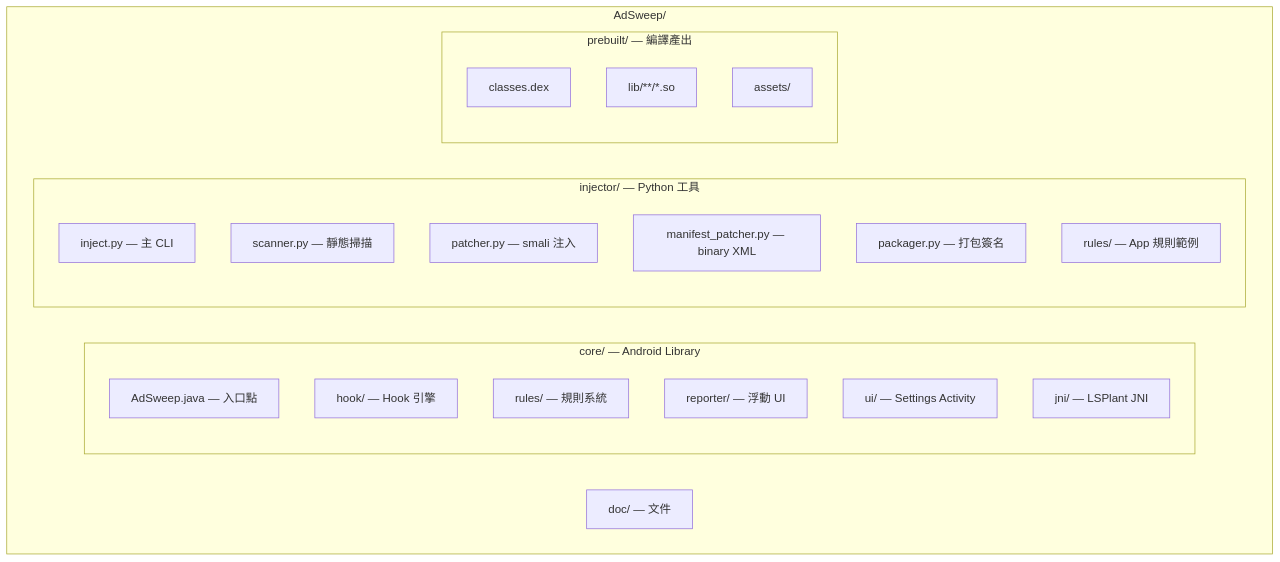
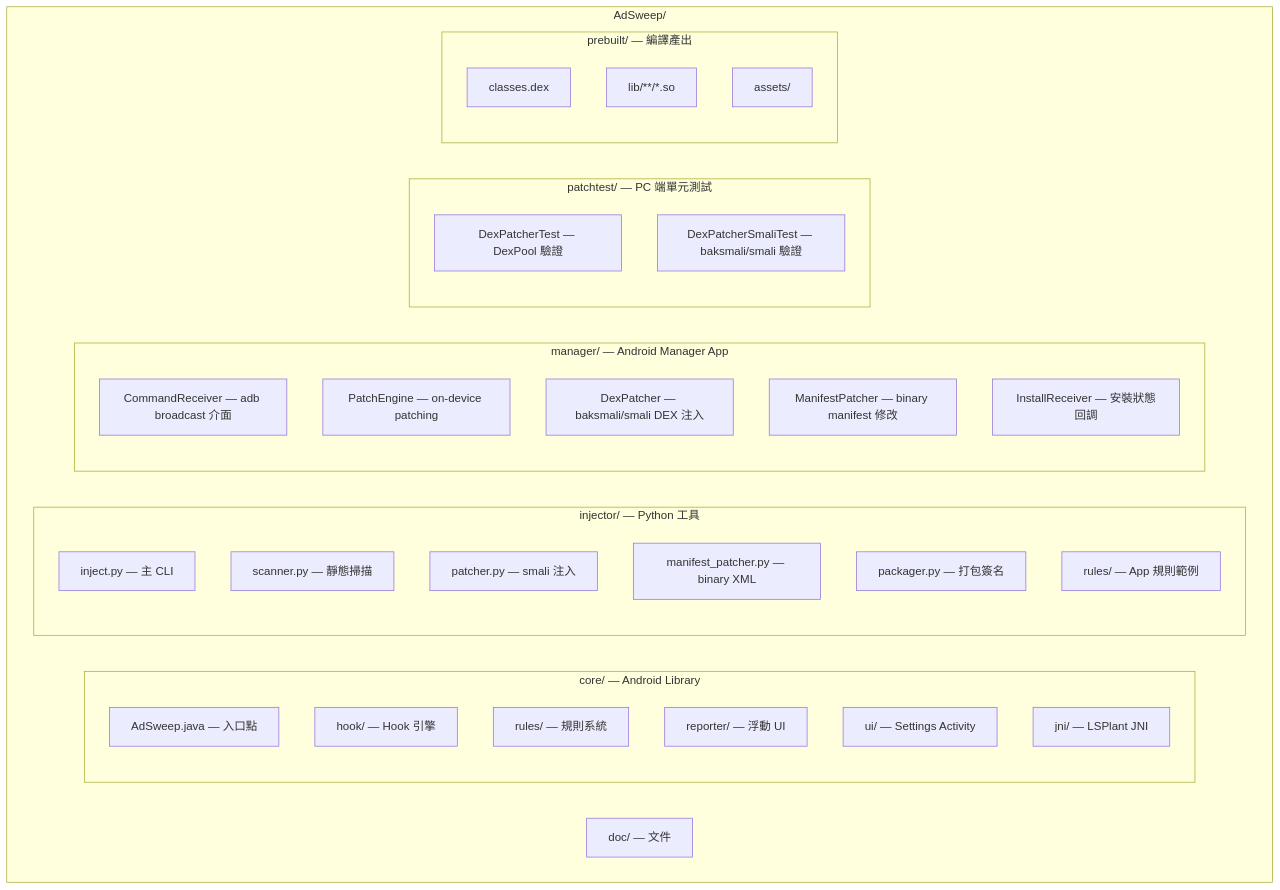
Before and after one commit to tzyyung/AdSweep: the seventh of 11 diagrams in doc/ARCHITECTURE.md, drawn with Mermaid. The commit also changed other lines of this file and 14 other files, not shown here.

First line of the commit message:
Fix on-device patching: baksmali/smali + STORED compression + streaming

````diff
--- a/doc/ARCHITECTURE.md
+++ b/doc/ARCHITECTURE.md
@@ -157,30 +223,43 @@
 ```mermaid
 graph TB
     subgraph Root["AdSweep/"]
         subgraph Core["core/ — Android Library"]
             C1["AdSweep.java — 入口點"]
             C2["hook/ — Hook 引擎"]
             C3["rules/ — 規則系統"]
             C4["reporter/ — 浮動 UI"]
             C5["ui/ — Settings Activity"]
             C6["jni/ — LSPlant JNI"]
         end
 
         subgraph Injector["injector/ — Python 工具"]
             I1["inject.py — 主 CLI"]
             I2["scanner.py — 靜態掃描"]
             I3["patcher.py — smali 注入"]
             I4["manifest_patcher.py — binary XML"]
             I5["packager.py — 打包簽名"]
             I6["rules/ — App 規則範例"]
         end
 
+        subgraph Manager["manager/ — Android Manager App"]
+            M1["CommandReceiver — adb broadcast 介面"]
+            M2["PatchEngine — on-device patching"]
+            M3["DexPatcher — baksmali/smali DEX 注入"]
+            M4["ManifestPatcher — binary manifest 修改"]
+            M5["InstallReceiver — 安裝狀態回調"]
+        end
+
+        subgraph PatchTest["patchtest/ — PC 端單元測試"]
+            PT1["DexPatcherTest — DexPool 驗證"]
+            PT2["DexPatcherSmaliTest — baksmali/smali 驗證"]
+        end
+
         subgraph Prebuilt["prebuilt/ — 編譯產出"]
             P1["classes.dex"]
             P2["lib/**/*.so"]
             P3["assets/"]
         end
 
         D["doc/ — 文件"]
     end
 ```
````
